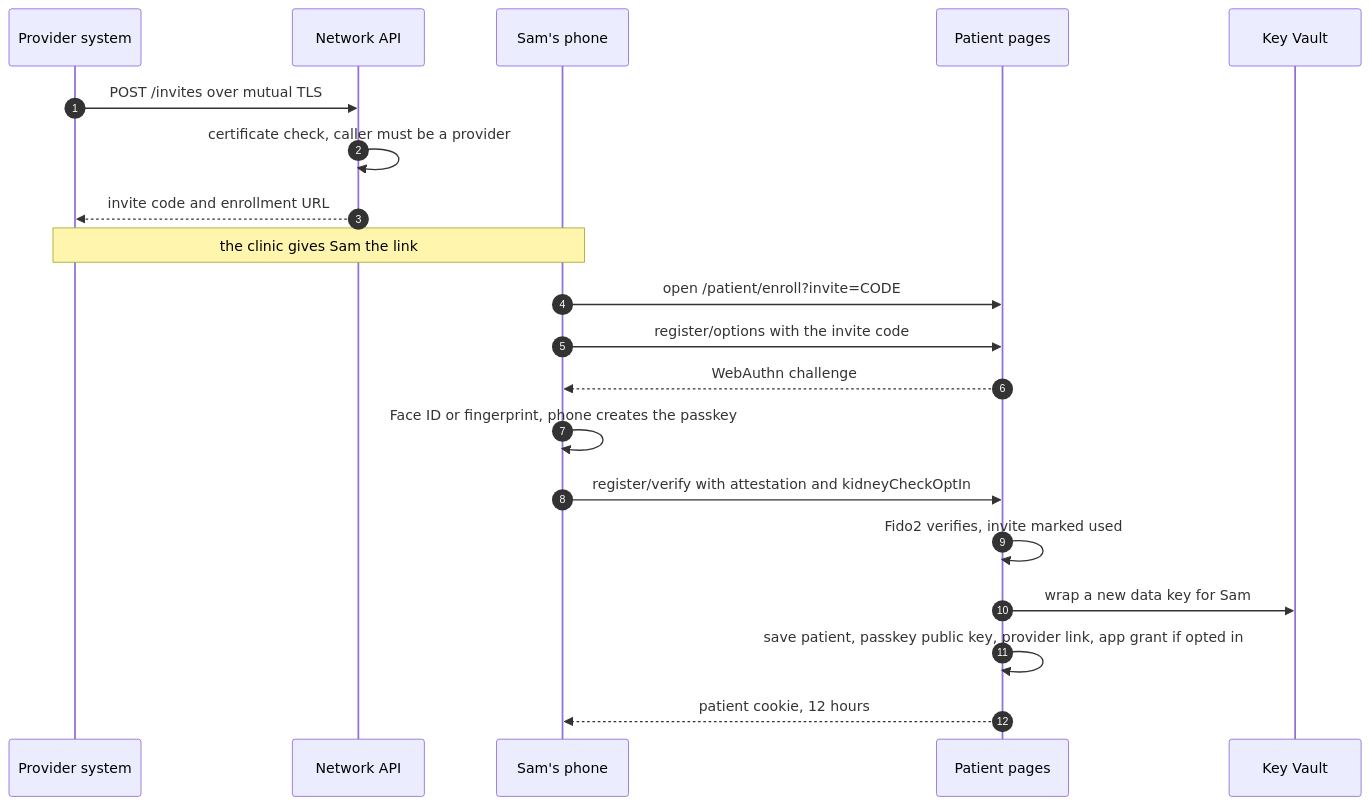
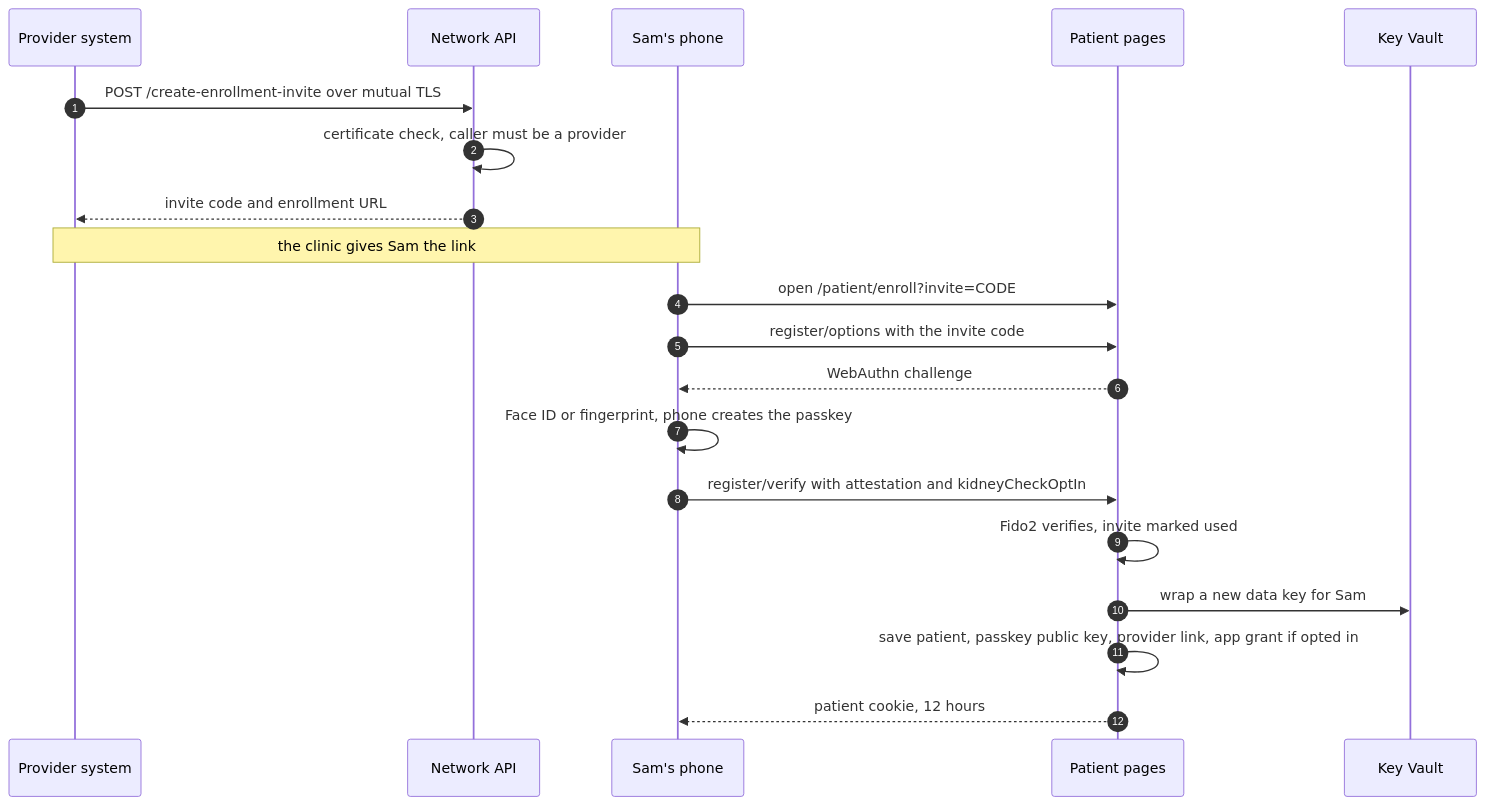
The third of 11 diagrams in docs/auth-flows.md (ParkerHitch/EZEHR), drawn with Mermaid before and after one commit. The commit also changed other lines of this file and 36 other files, not shown here.

````diff
--- a/docs/auth-flows.md
+++ b/docs/auth-flows.md
@@ -137,22 +147,22 @@
 ```mermaid
 sequenceDiagram
   autonumber
   participant Prov as Provider system
   participant Net as Network API
   participant Ph as Sam's phone
   participant Web as Patient pages
   participant KV as Key Vault
-  Prov->>Net: POST /invites over mutual TLS
+  Prov->>Net: POST /create-enrollment-invite over mutual TLS
   Net->>Net: certificate check, caller must be a provider
   Net-->>Prov: invite code and enrollment URL
   Note over Prov,Ph: the clinic gives Sam the link
   Ph->>Web: open /patient/enroll?invite=CODE
   Ph->>Web: register/options with the invite code
   Web-->>Ph: WebAuthn challenge
   Ph->>Ph: Face ID or fingerprint, phone creates the passkey
   Ph->>Web: register/verify with attestation and kidneyCheckOptIn
   Web->>Web: Fido2 verifies, invite marked used
   Web->>KV: wrap a new data key for Sam
   Web->>Web: save patient, passkey public key, provider link, app grant if opted in
   Web-->>Ph: patient cookie, 12 hours
 ```
````
